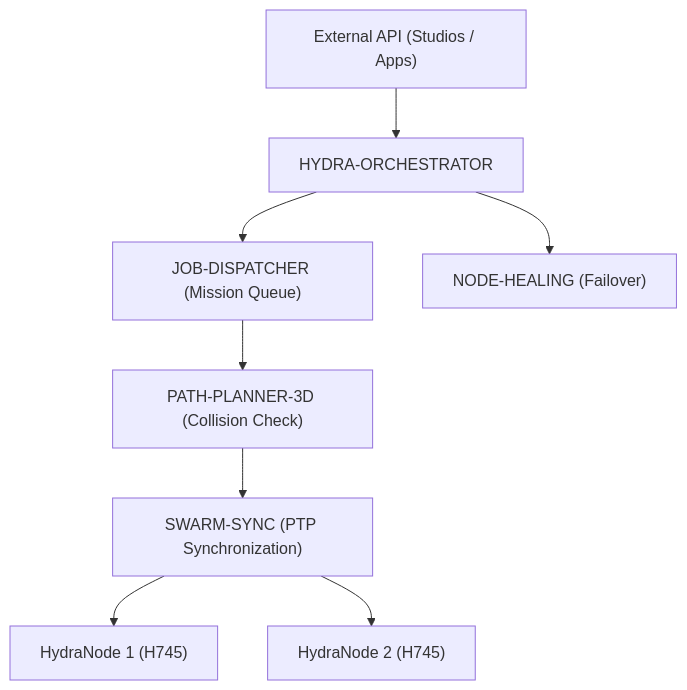
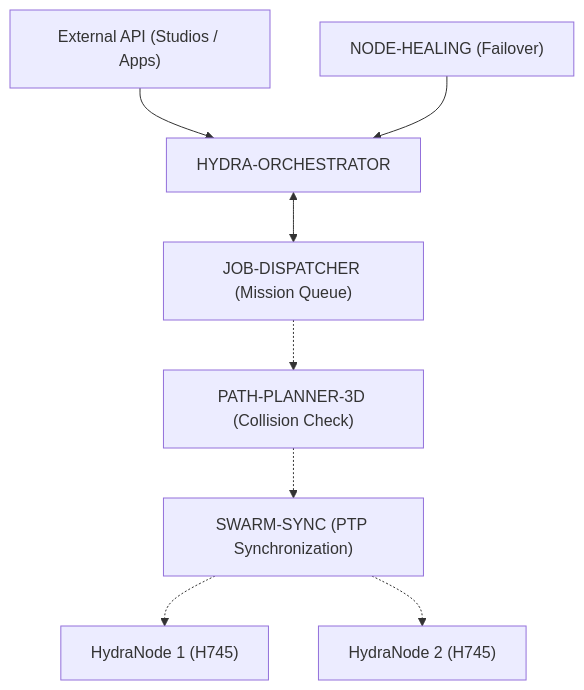
Before and after one commit to JuanenRac/HYDRA-UMC-ORCHESTRATOR: the diagram in README.md, drawn with Mermaid. The commit also changed other lines of this file and 17 other files, not shown here.

Commit message:
Close and requeue jobs the way the real JOB-DISPATCHER accepts them, record the close before attempting it, fence late reports after a requeue, serve requests with a worker pool and timeouts, forward routing hints

````diff
--- a/README.md
+++ b/README.md
@@ -42,10 +42,10 @@
 ```mermaid
 flowchart TB
     API["External API (Studios / Apps)"] --> ORCH["HYDRA-ORCHESTRATOR"]
-    ORCH --> JOB["JOB-DISPATCHER (Mission Queue)"]
-    JOB --> PATH["PATH-PLANNER-3D (Collision Check)"]
-    PATH --> SYNC["SWARM-SYNC (PTP Synchronization)"]
-    SYNC --> NODE1["HydraNode 1 (H745)"]
-    SYNC --> NODE2["HydraNode 2 (H745)"]
-    ORCH --> HEAL["NODE-HEALING (Failover)"]
+    ORCH <--> JOB["JOB-DISPATCHER (Mission Queue)"]
+    JOB -.-> PATH["PATH-PLANNER-3D (Collision Check)"]
+    PATH -.-> SYNC["SWARM-SYNC (PTP Synchronization)"]
+    SYNC -.-> NODE1["HydraNode 1 (H745)"]
+    SYNC -.-> NODE2["HydraNode 2 (H745)"]
+    HEAL["NODE-HEALING (Failover)"] --> ORCH
 ```
````
